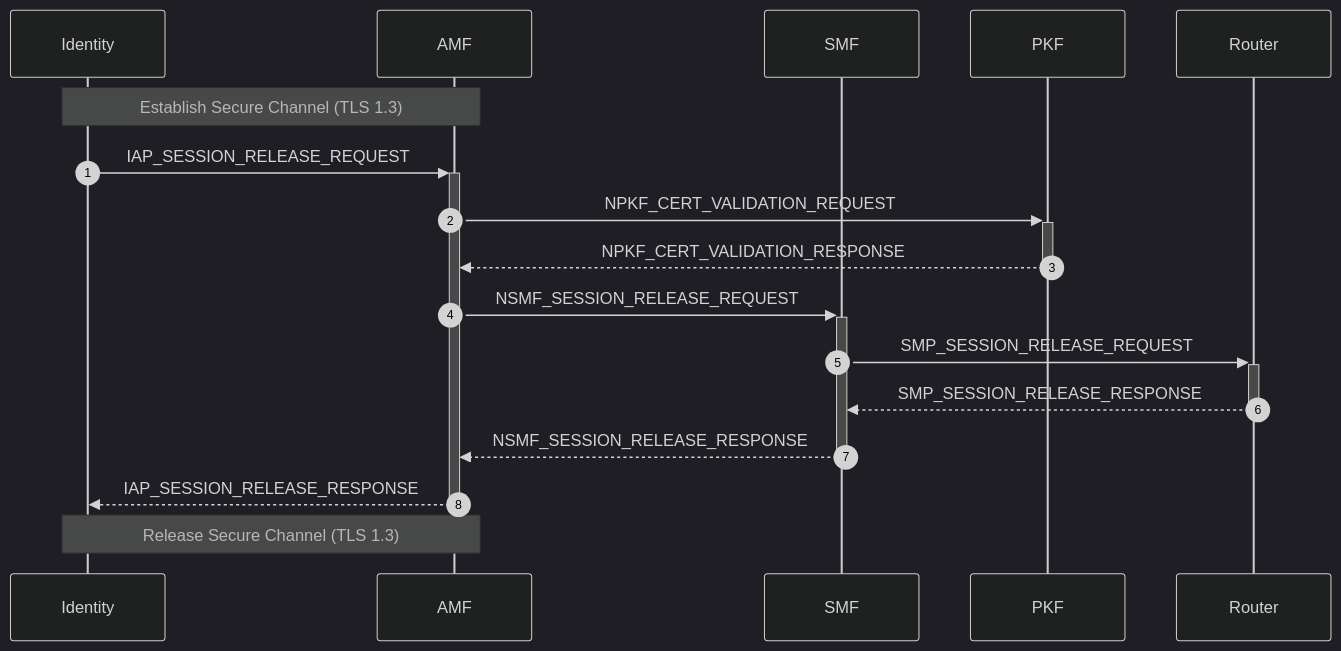
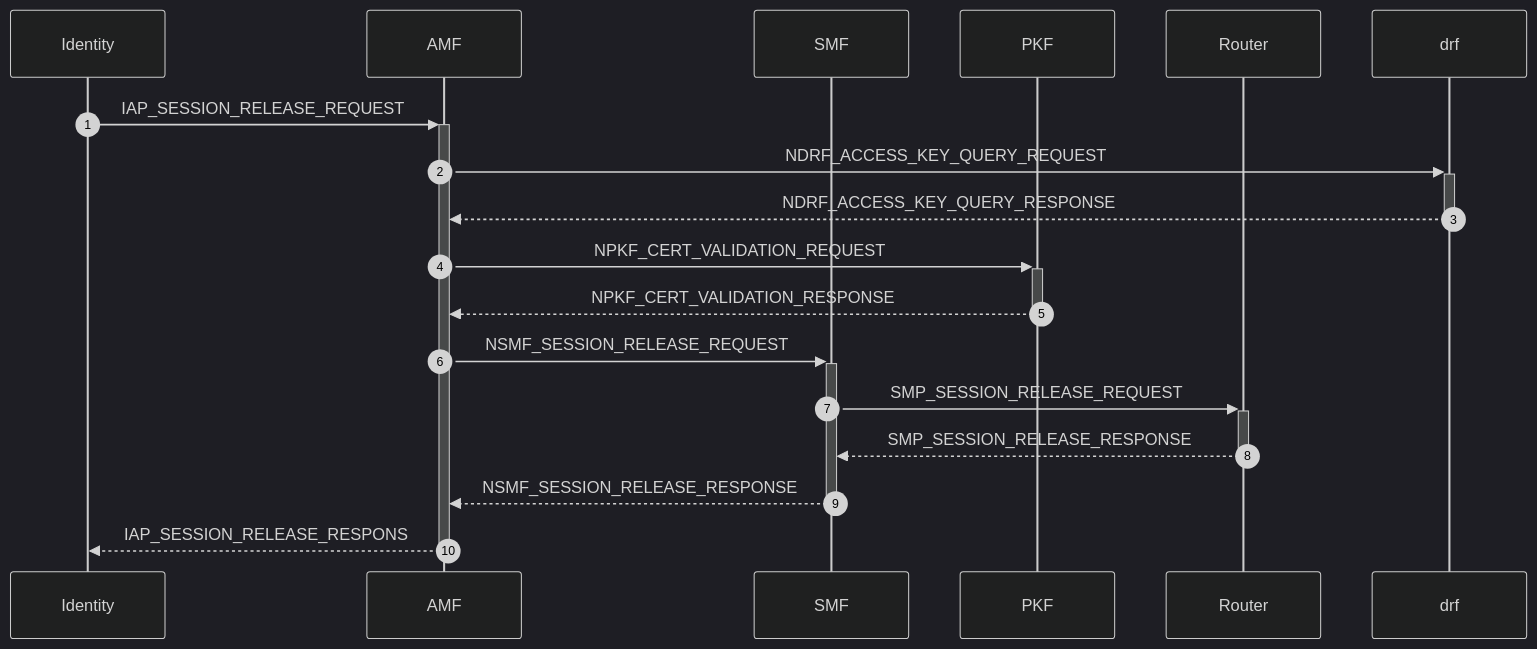
Before and after one commit to veil-link/veilink: diagram 13 of 23 in doc/doc-spec/00-series-general/00.002-procedure.md, drawn with Mermaid (dark theme). The commit also changed other lines of this file and 1 other file, not shown here.

Commit message:
docs: update iap crypto method

````diff
--- a/doc/doc-spec/00-series-general/00.002-procedure.md
+++ b/doc/doc-spec/00-series-general/00.002-procedure.md
@@ -308,21 +314,21 @@
 ```mermaid
 sequenceDiagram
     autonumber
 
     participant id as Identity
     participant amf as AMF
     participant smf as SMF
     participant pkf as PKF
     participant rt as Router
 
-    Note over id, amf: Establish Secure Channel (TLS 1.3)
     id ->>+ amf: IAP_SESSION_RELEASE_REQUEST
+    amf ->>+ drf: NDRF_ACCESS_KEY_QUERY_REQUEST
+    drf -->>- amf: NDRF_ACCESS_KEY_QUERY_RESPONSE
     amf ->>+ pkf: NPKF_CERT_VALIDATION_REQUEST
     pkf -->>- amf: NPKF_CERT_VALIDATION_RESPONSE
     amf ->>+ smf: NSMF_SESSION_RELEASE_REQUEST
     smf ->>+ rt: SMP_SESSION_RELEASE_REQUEST
     rt -->>- smf: SMP_SESSION_RELEASE_RESPONSE
     smf -->>- amf: NSMF_SESSION_RELEASE_RESPONSE
-    amf -->>- id: IAP_SESSION_RELEASE_RESPONSE
-    Note over id, amf: Release Secure Channel (TLS 1.3)
+    amf -->>- id: IAP_SESSION_RELEASE_RESPONS
 ```
````
